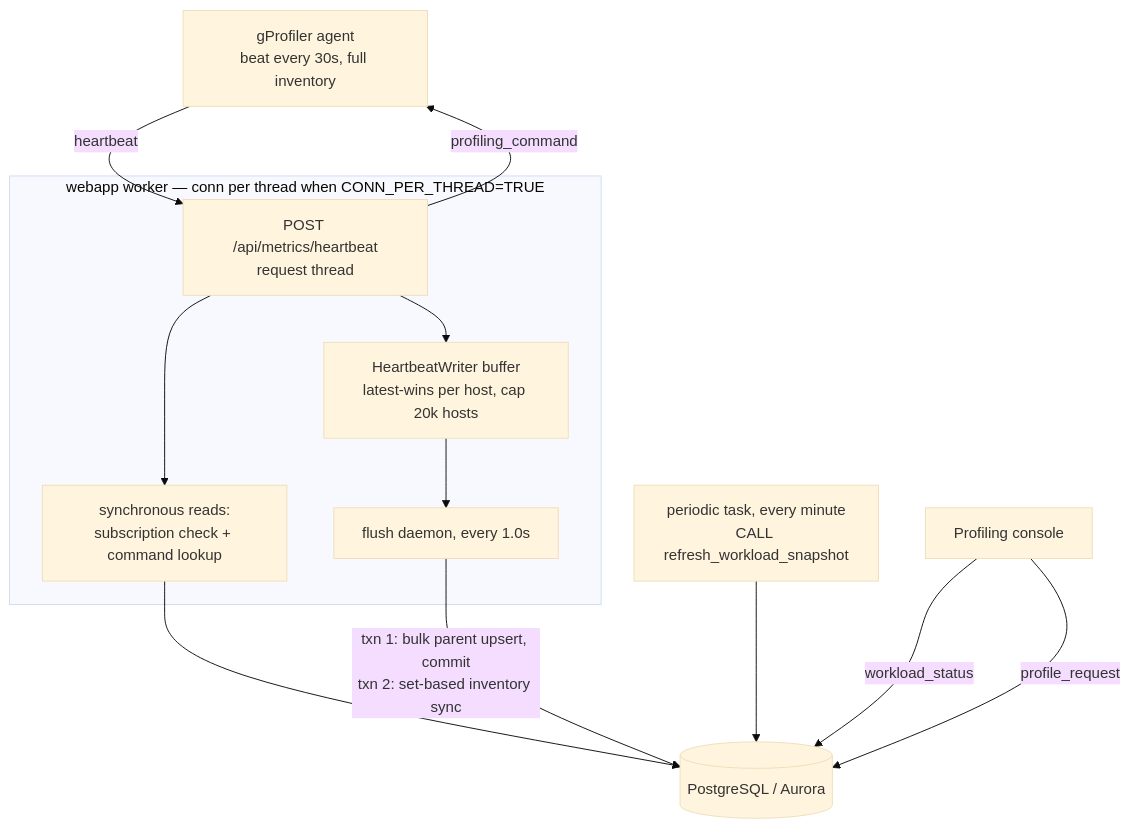
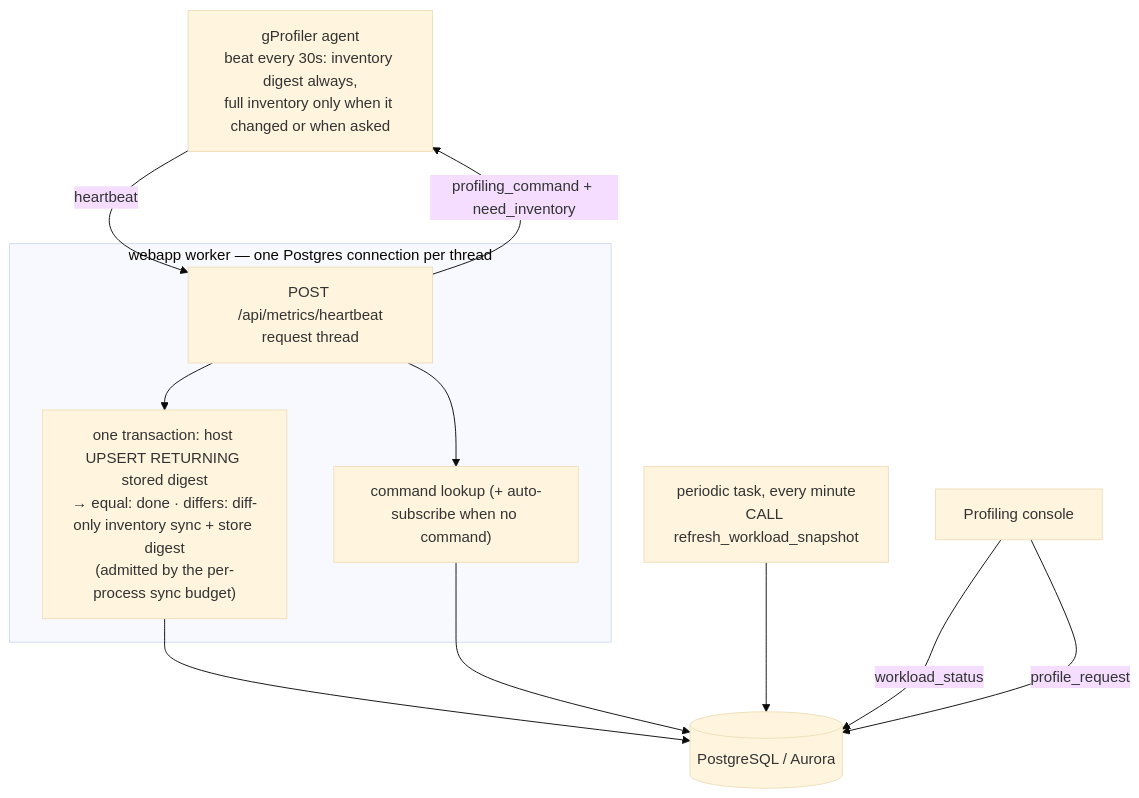
One commit to pinterest/gprofiler-performance-studio changed the second of 2 diagrams in heartbeat_doc/WORKLOAD_LEVEL_PROFILING_SPEC.md. Above: the diagram before and after it, drawn with Mermaid (base theme). The commit also changed other lines of this file and 14 other files, not shown here.

````diff
--- a/heartbeat_doc/WORKLOAD_LEVEL_PROFILING_SPEC.md
+++ b/heartbeat_doc/WORKLOAD_LEVEL_PROFILING_SPEC.md
@@ -269,26 +269,24 @@
 ```mermaid
 flowchart TB
-    AGENT["gProfiler agent<br/>beat every 30s, full inventory"]
+    AGENT["gProfiler agent<br/>beat every 30s: inventory digest always,<br/>full inventory only when it changed or when asked"]
 
-    subgraph WEBAPP["webapp worker — conn per thread when CONN_PER_THREAD=TRUE"]
+    subgraph WEBAPP["webapp worker — one Postgres connection per thread"]
         REQ["POST /api/metrics/heartbeat<br/>request thread"]
-        SYNC["synchronous reads:<br/>subscription check + command lookup"]
-        BUF["HeartbeatWriter buffer<br/>latest-wins per host, cap 20k hosts"]
-        FLUSH["flush daemon, every 1.0s"]
+        UPSERT["one transaction: host UPSERT RETURNING stored digest<br/>→ equal: done · differs: diff-only inventory sync + store digest<br/>(admitted by the per-process sync budget)"]
+        CMD["command lookup (+ auto-subscribe when no command)"]
     end
 
     DB[("PostgreSQL / Aurora")]
     CRON["periodic task, every minute<br/>CALL refresh_workload_snapshot"]
     UI["Profiling console"]
 
     AGENT -->|"heartbeat"| REQ
-    REQ --> SYNC
-    REQ --> BUF
-    SYNC --> DB
-    BUF --> FLUSH
-    FLUSH -->|"txn 1: bulk parent upsert, commit<br/>txn 2: set-based inventory sync"| DB
-    REQ -->|"profiling_command"| AGENT
+    REQ --> UPSERT
+    REQ --> CMD
+    UPSERT --> DB
+    CMD --> DB
+    REQ -->|"profiling_command + need_inventory"| AGENT
     CRON --> DB
     UI -->|"workload_status"| DB
     UI -->|"profile_request"| DB
 ```
````
